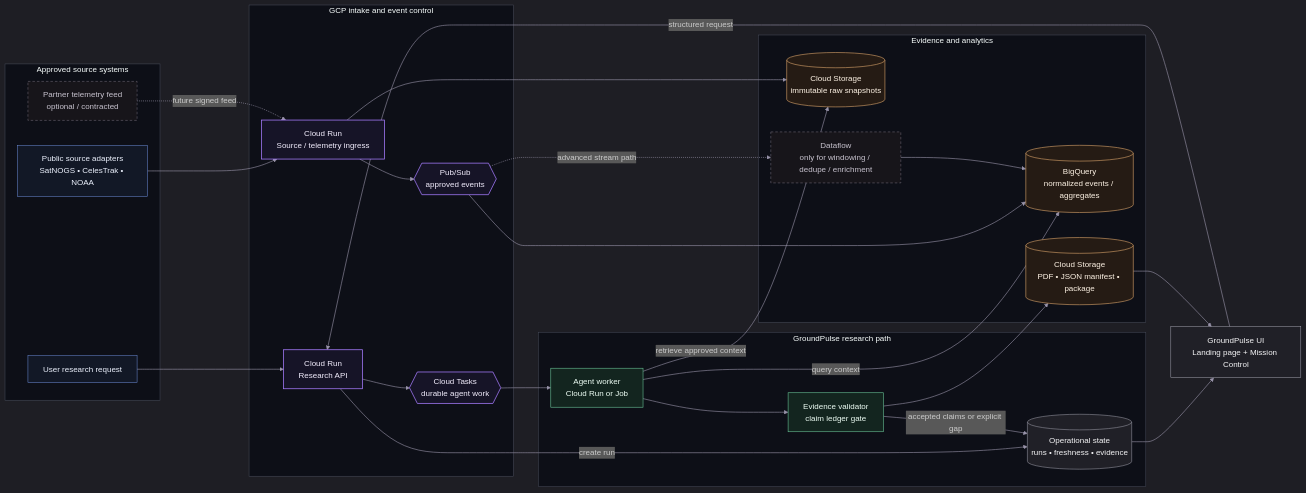
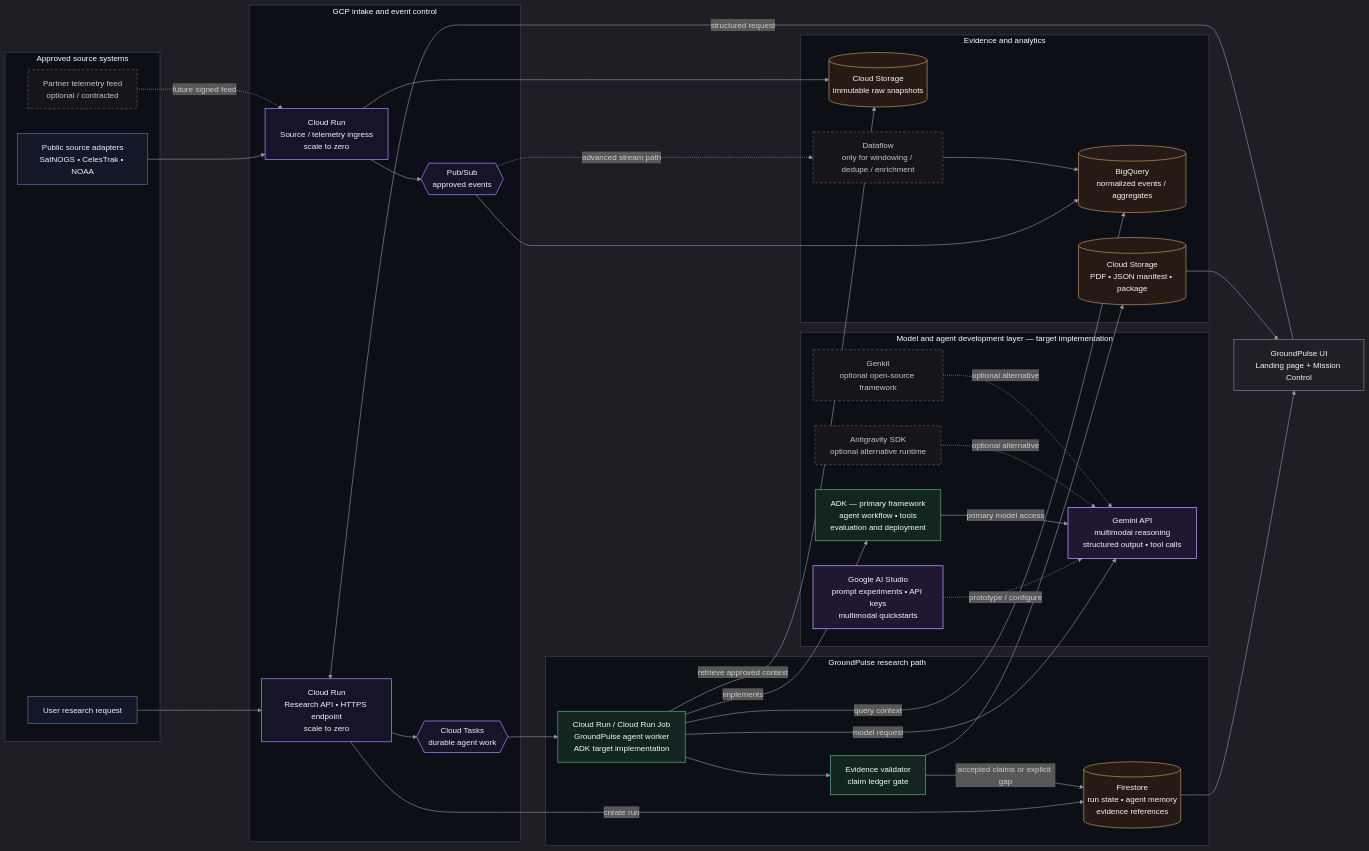
The diagram in docs/diagrams/gcp_integration_architecture.mmd (ousssamarahmani/Groundpulse-Research-Agent), drawn with Mermaid before and after one commit. The commit also changed 2 other files, not shown here.

Commit message:
docs: update GCP diagram with Gemini API, ADK, Antigravity, Genkit, and Firestore

```diff
--- a/docs/diagrams/gcp_integration_architecture.mmd
+++ b/docs/diagrams/gcp_integration_architecture.mmd
@@ -1,58 +1,73 @@
 %%{init: {"theme":"dark","themeVariables":{"background":"#08090f","primaryColor":"#141727","primaryTextColor":"#f2f3f7","primaryBorderColor":"#9a9ea9","lineColor":"#9a9ea9","secondaryColor":"#171b28","tertiaryColor":"#0f1119","clusterBkg":"#0d0f17","clusterBorder":"#484d5b","fontFamily":"Arial"}}}%%
 flowchart LR
   classDef source fill:#121826,stroke:#6f8edb,color:#eef3ff,stroke-width:1px;
   classDef edge fill:#161427,stroke:#a77cff,color:#f4efff,stroke-width:1.5px;
+  classDef model fill:#201733,stroke:#c098ff,color:#f7f0ff,stroke-width:1.5px;
   classDef compute fill:#13251f,stroke:#66bd92,color:#effff6,stroke-width:1.2px;
   classDef data fill:#251b14,stroke:#d8a36b,color:#fff4e6,stroke-width:1.2px;
   classDef control fill:#202027,stroke:#a4a4b0,color:#f5f5f7,stroke-width:1px;
   classDef optional fill:#17151a,stroke:#77717f,color:#c7c2ce,stroke-dasharray: 5 4;
 
   subgraph S[Approved source systems]
     U[User research request]:::source
     P[Public source adapters<br/>SatNOGS • CelesTrak • NOAA]:::source
     T[Partner telemetry feed<br/>optional / contracted]:::optional
   end
 
   subgraph I[GCP intake and event control]
-    API[Cloud Run<br/>Research API]:::edge
-    ING[Cloud Run<br/>Source / telemetry ingress]:::edge
+    API[Cloud Run<br/>Research API • HTTPS endpoint<br/>scale to zero]:::edge
+    ING[Cloud Run<br/>Source / telemetry ingress<br/>scale to zero]:::edge
     Q{{Cloud Tasks<br/>durable agent work}}:::edge
     BUS{{Pub/Sub<br/>approved events}}:::edge
   end
 
+  subgraph M[Model and agent development layer — target implementation]
+    AI[Google AI Studio<br/>prompt experiments • API keys<br/>multimodal quickstarts]:::model
+    GEM[Gemini API<br/>multimodal reasoning<br/>structured output • tool calls]:::model
+    ADK[ADK — primary framework<br/>agent workflow • tools<br/>evaluation and deployment]:::compute
+    AG[Antigravity SDK<br/>optional alternative runtime]:::optional
+    GK[Genkit<br/>optional open-source framework]:::optional
+  end
+
   subgraph A[GroundPulse research path]
-    W[Agent worker<br/>Cloud Run or Job]:::compute
+    W[Cloud Run / Cloud Run Job<br/>GroundPulse agent worker<br/>ADK target implementation]:::compute
     V[Evidence validator<br/>claim ledger gate]:::compute
-    ST[(Operational state<br/>runs • freshness • evidence)]:::control
+    FS[(Firestore<br/>run state • agent memory<br/>evidence references)]:::data
   end
 
   subgraph D[Evidence and analytics]
     RAW[(Cloud Storage<br/>immutable raw snapshots)]:::data
     FLOW[Dataflow<br/>only for windowing / dedupe / enrichment]:::optional
     BQ[(BigQuery<br/>normalized events / aggregates)]:::data
     ART[(Cloud Storage<br/>PDF • JSON manifest • package)]:::data
   end
 
   UI[GroundPulse UI<br/>Landing page + Mission Control]:::control
 
   UI -->|structured request| API
   U --> API
-  API -->|create run| ST
+  API -->|create run| FS
   API --> Q
   Q --> W
   P --> ING
   T -. future signed feed .-> ING
   ING --> RAW
   ING --> BUS
   BUS --> BQ
   BUS -. advanced stream path .-> FLOW
   FLOW --> BQ
+  AI -. prototype / configure .-> GEM
+  ADK -->|primary model access| GEM
+  AG -. optional alternative .-> GEM
+  GK -. optional alternative .-> GEM
+  W -->|implements| ADK
+  W -->|model request| GEM
   W -->|retrieve approved context| RAW
   W -->|query context| BQ
   W --> V
-  V -->|accepted claims or explicit gap| ST
+  V -->|accepted claims or explicit gap| FS
   V --> ART
-  ST --> UI
+  FS --> UI
   ART --> UI
 
   linkStyle default stroke:#9994aa,stroke-width:1.2px;
```
